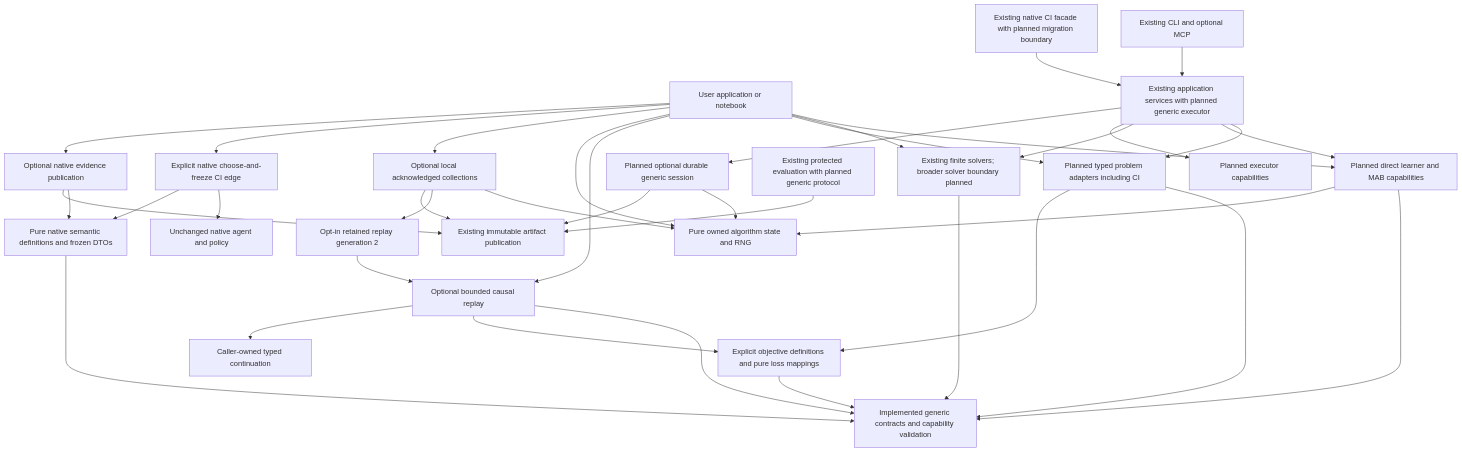
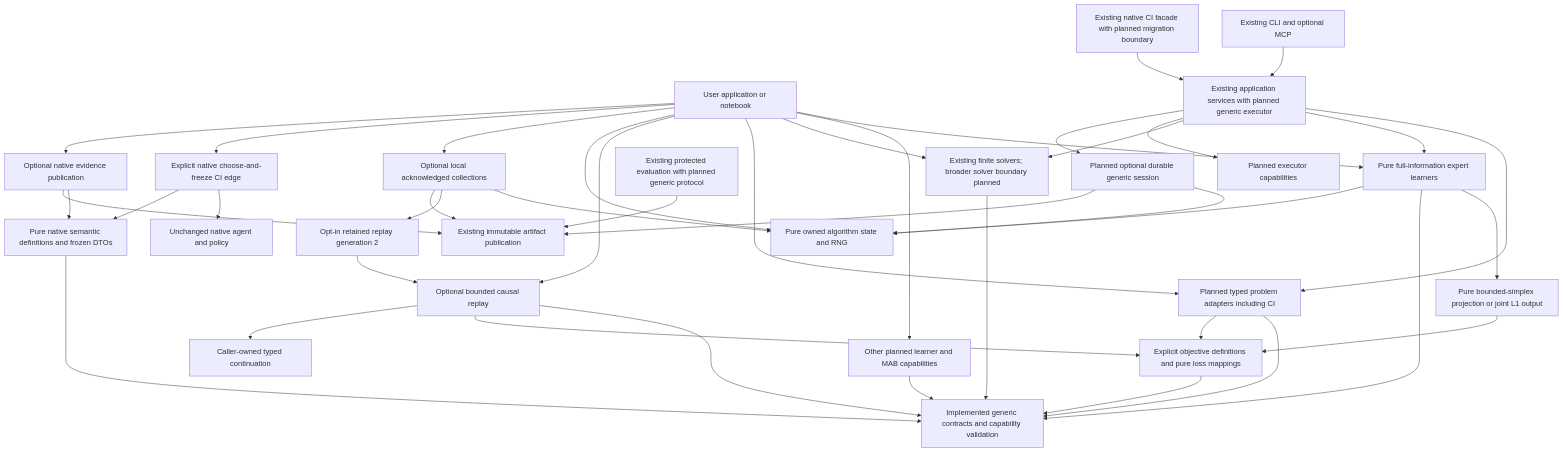
The first of 5 diagrams in docs/v5-architecture.md (jacksonpradolima/coleman), drawn with Mermaid before and after one commit. The commit also changed other lines of this file and 64 other files, not shown here.

````diff
--- a/docs/v5-architecture.md
+++ b/docs/v5-architecture.md
@@ -96,39 +102,43 @@
 ```mermaid
 flowchart TD
-    Host[User application or notebook] --> DirectLearner[Planned direct learner and MAB capabilities]
+    Host[User application or notebook] --> DirectLearner[Pure full-information expert learners]
+    Host --> MAB[Other planned learner and MAB capabilities]
+    DirectLearner --> JointOutput[Pure bounded-simplex projection or joint L1 output]
+    JointOutput --> Objectives
+    MAB --> Contracts
     Host --> DirectSolver[Existing finite solvers; broader solver boundary planned]
     Host --> Problem[Planned typed problem adapters including CI]
     Host --> Replay[Optional bounded causal replay]
     Replay --> Contracts
     Replay --> Objectives
     Replay --> Continuation[Caller-owned typed continuation]
     Problem --> Contracts[Implemented generic contracts and capability validation]
     Problem --> Objectives[Explicit objective definitions and pure loss mappings]
     Objectives --> Contracts
     DirectLearner --> Contracts
     DirectSolver --> Contracts
     DirectLearner --> State[Pure owned algorithm state and RNG]
     Host --> State
     Host --> LocalStore[Optional local acknowledged collections]
     LocalStore --> State
     LocalStore --> Retained[Opt-in retained replay generation 2]
     Retained --> Replay
     LocalStore --> Storage[Existing immutable artifact publication]
     Service[Existing application services with planned generic executor] --> Problem
     Service --> DirectLearner
     Service --> DirectSolver
     Service --> Execution[Planned executor capabilities]
     Service --> Session[Planned optional durable generic session]
     Session --> State
     Session --> Storage
     Evidence[Existing protected evaluation with planned generic protocol] --> Storage
     Transport[Existing CLI and optional MCP] --> Service
     Legacy[Existing native CI facade with planned migration boundary] --> Service
     Host --> NativeCapture[Explicit native choose-and-freeze CI edge]
     NativeCapture --> NativeRuntime[Unchanged native agent and policy]
     NativeCapture --> NativeDefinitions[Pure native semantic definitions and frozen DTOs]
     NativeDefinitions --> Contracts
     Host --> NativePublication[Optional native evidence publication]
     NativePublication --> NativeDefinitions
     NativePublication --> Storage
 ```
````
